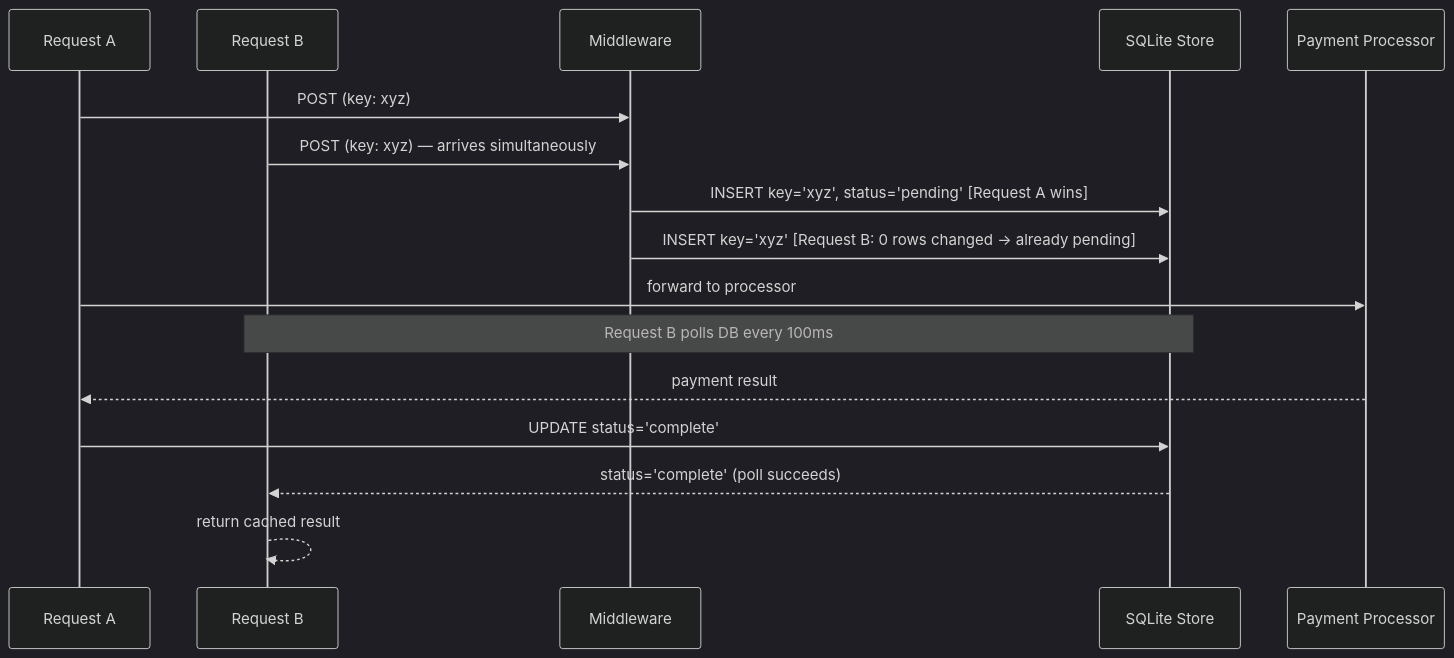
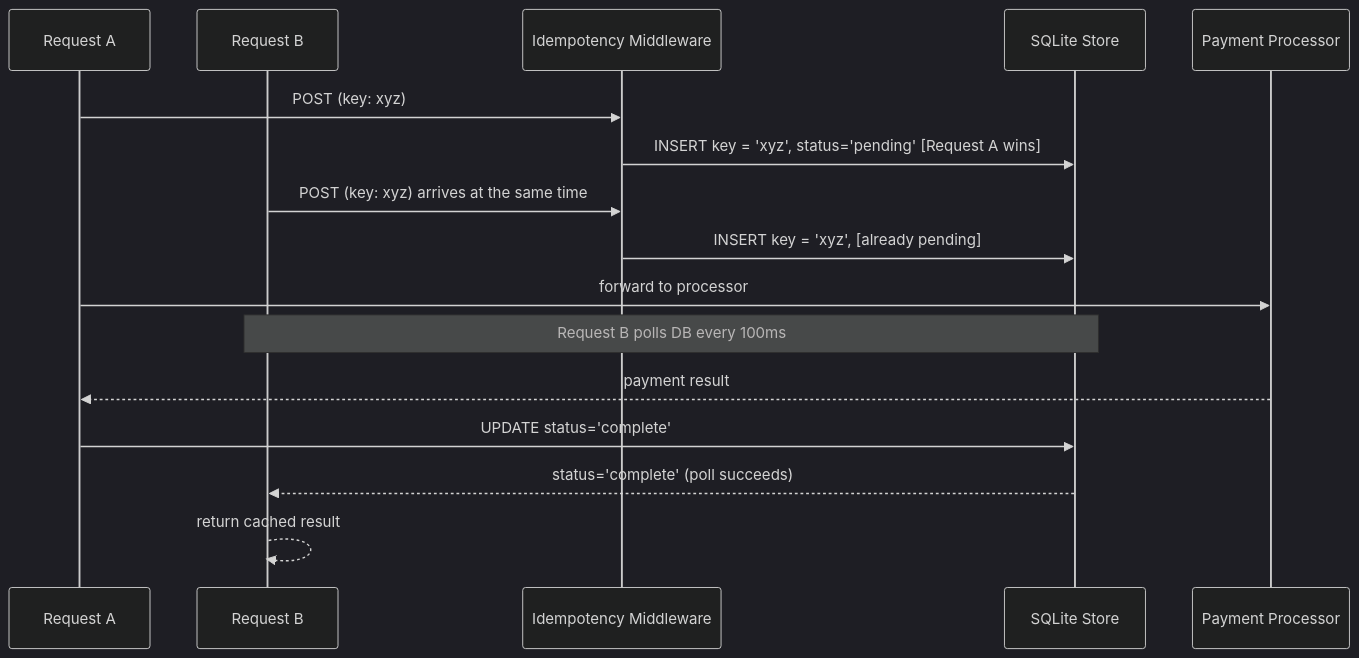
One commit to xxnoodl/Idempotency-Gateway changed the second of 2 diagrams in README.md. Above: the diagram before and after it, drawn with Mermaid (dark theme). The commit also changed other lines of this file, not shown here.

````diff
--- a/README.md
+++ b/README.md
@@ -42,23 +32,21 @@
 ```mermaid
 sequenceDiagram
     participant A as Request A
     participant B as Request B
-    participant M as Middleware
-    participant DB as SQLite Store
-    participant P as Payment Processor
+    participant IM as Idempotency Middleware
+    participant SS as SQLite Store
+    participant PP as Payment Processor
+    
+    A ->> IM: POST (key: xyz); IM ->> SS: INSERT key = 'xyz', status='pending' [Request A wins]
+    B ->> IM: POST (key: xyz) arrives at the same time; IM ->> SS: INSERT key = 'xyz', [already pending]
+    A ->> PP: forward to processor
 
-    A->>M: POST (key: xyz)
-    B->>M: POST (key: xyz) — arrives simultaneously
+    Note over B,SS: Request B polls DB every 100ms
 
-    M->>DB: INSERT key='xyz', status='pending' [Request A wins]
-    M->>DB: INSERT key='xyz' [Request B: 0 rows changed → already pending]
+    PP -->>A: payment result
+    A ->> SS: UPDATE status='complete'
 
-    A->>P: forward to processor
-    Note over B,DB: Request B polls DB every 100ms
+    SS -->> B: status='complete' (poll succeeds)
+    B -->> B: return cached result
 
-    P-->>A: payment result
-    A->>DB: UPDATE status='complete'
-
-    DB-->>B: status='complete' (poll succeeds)
-    B-->>B: return cached result
 ```
````
